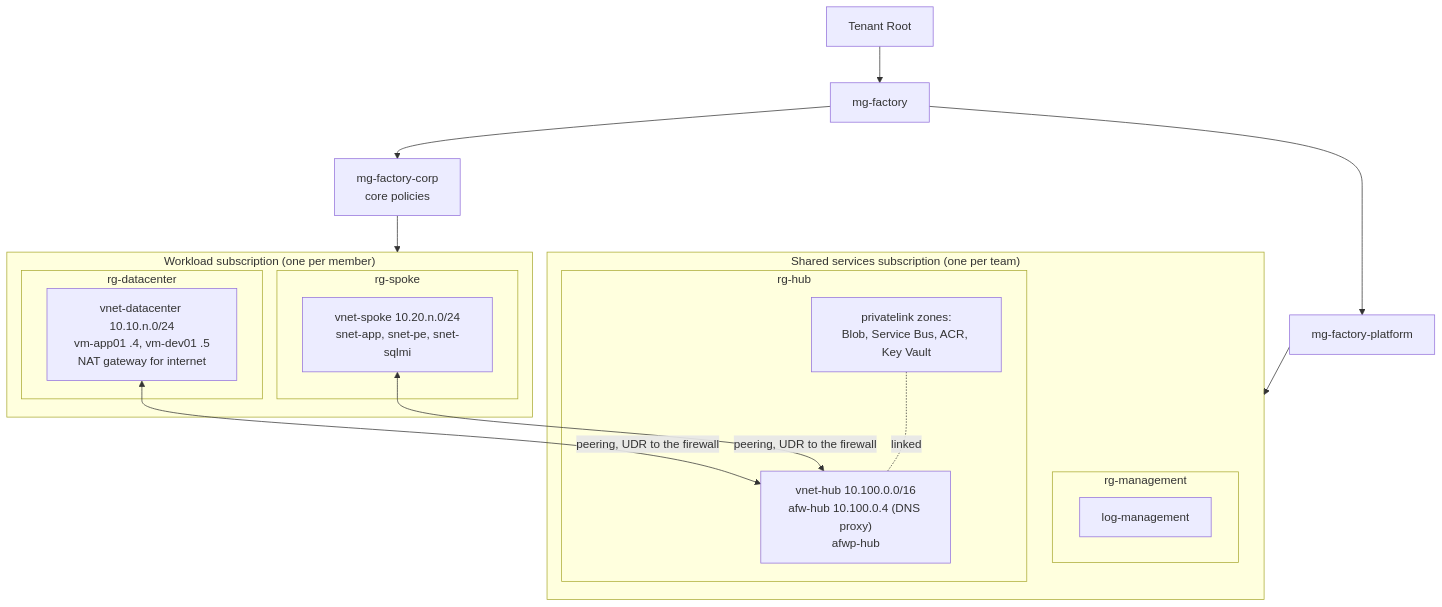
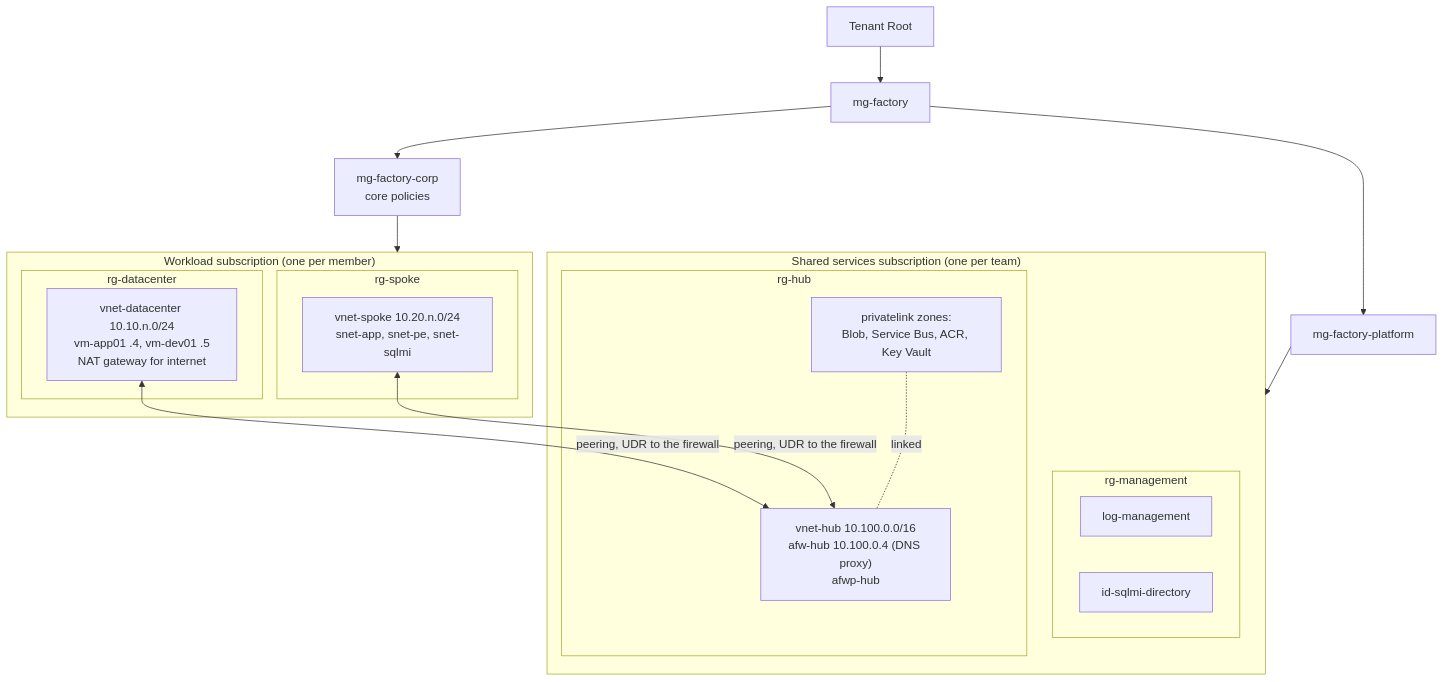
One commit to jonathan-vella/apex-factory-hackathon changed the diagram in infra/foundation/README.md. Above: the diagram before and after it, drawn with Mermaid. The commit also changed other lines of this file and 10 other files, not shown here.

````diff
--- a/infra/foundation/README.md
+++ b/infra/foundation/README.md
@@ -9,28 +9,29 @@
 ```mermaid
 flowchart TB
   root["Tenant Root"] --> mg["mg-factory"]
   mg --> plat["mg-factory-platform"]
   mg --> corp["mg-factory-corp<br/>core policies"]
   plat --> shared
   corp --> work
   subgraph shared["Shared services subscription (one per team)"]
     subgraph mgmt["rg-management"]
       law["log-management"]
+      idmi["id-sqlmi-directory"]
     end
     subgraph hub["rg-hub"]
       vhub["vnet-hub 10.100.0.0/16<br/>afw-hub 10.100.0.4 (DNS proxy)<br/>afwp-hub"]
       dns["privatelink zones:<br/>Blob, Service Bus, ACR, Key Vault"]
     end
   end
   subgraph work["Workload subscription (one per member)"]
     subgraph dc["rg-datacenter"]
       vdc["vnet-datacenter 10.10.n.0/24<br/>vm-app01 .4, vm-dev01 .5<br/>NAT gateway for internet"]
     end
     subgraph spoke["rg-spoke"]
       vsp["vnet-spoke 10.20.n.0/24<br/>snet-app, snet-pe, snet-sqlmi"]
     end
   end
   vdc <-- "peering, UDR to the firewall" --> vhub
   vsp <-- "peering, UDR to the firewall" --> vhub
   dns -. "linked" .- vhub
 ```
````
